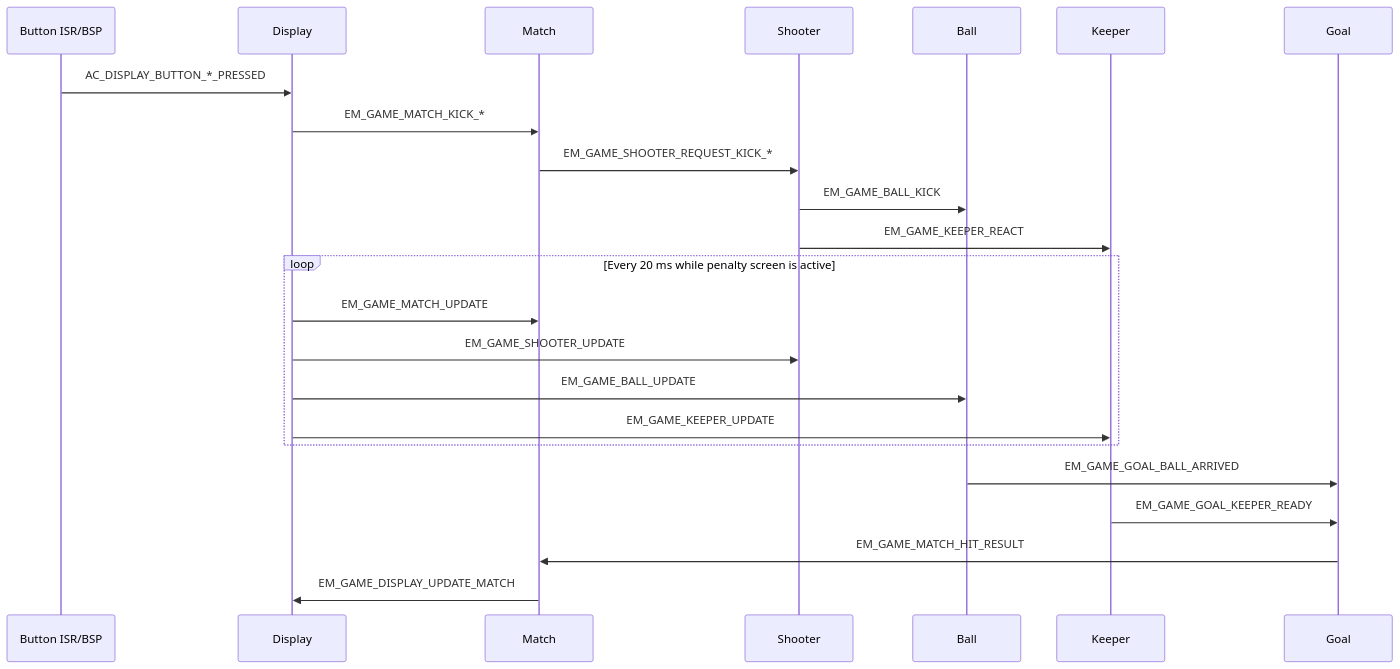
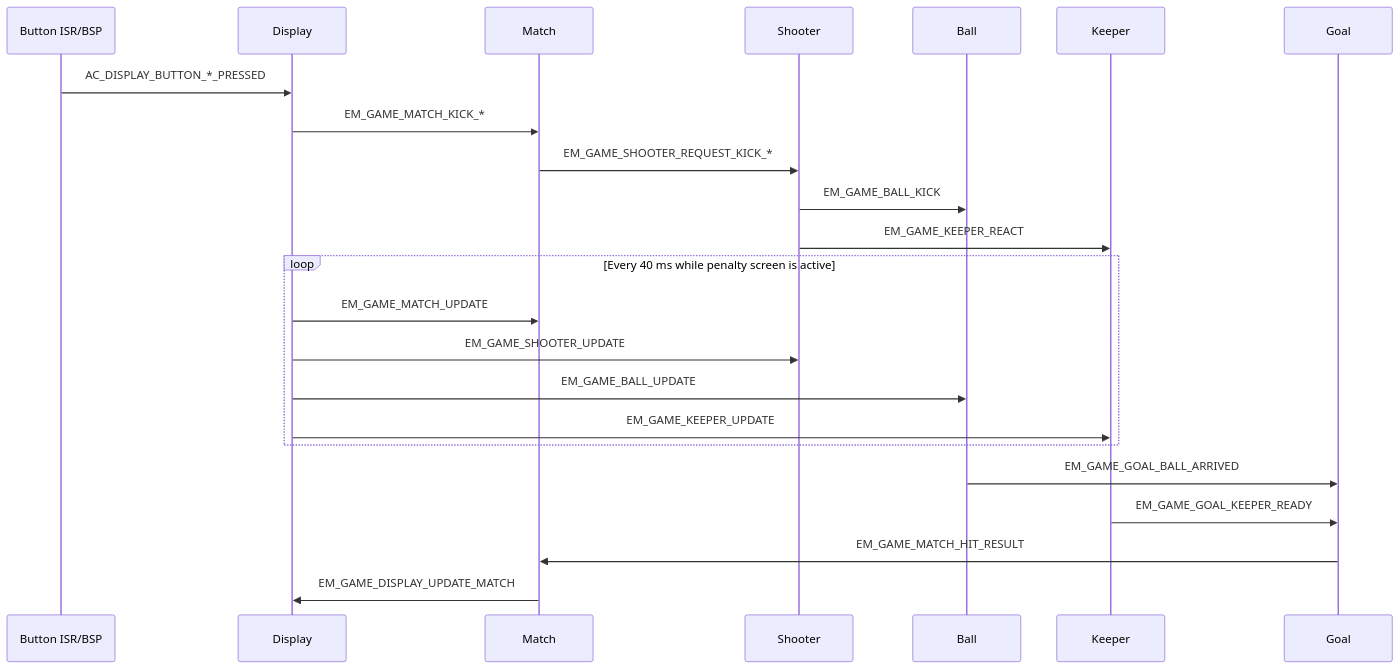
Before and after one commit to caotrongphuoc/11m-game: the second of 2 diagrams in docs/04-design-sequence-runtime.md, drawn with Mermaid. The commit also changed other lines of this file and 3 other files, not shown here.

````diff
--- a/docs/04-design-sequence-runtime.md
+++ b/docs/04-design-sequence-runtime.md
@@ -30,28 +30,28 @@
 ```mermaid
 sequenceDiagram
     participant Button as Button ISR/BSP
     participant Display
     participant Match
     participant Shooter
     participant Ball
     participant Keeper
     participant Goal
 
     Button->>Display: AC_DISPLAY_BUTTON_*_PRESSED
     Display->>Match: EM_GAME_MATCH_KICK_*
     Match->>Shooter: EM_GAME_SHOOTER_REQUEST_KICK_*
     Shooter->>Ball: EM_GAME_BALL_KICK
     Shooter->>Keeper: EM_GAME_KEEPER_REACT
 
-    loop Every 20 ms while penalty screen is active
+    loop Every 40 ms while penalty screen is active
         Display->>Match: EM_GAME_MATCH_UPDATE
         Display->>Shooter: EM_GAME_SHOOTER_UPDATE
         Display->>Ball: EM_GAME_BALL_UPDATE
         Display->>Keeper: EM_GAME_KEEPER_UPDATE
     end
 
     Ball->>Goal: EM_GAME_GOAL_BALL_ARRIVED
     Keeper->>Goal: EM_GAME_GOAL_KEEPER_READY
     Goal->>Match: EM_GAME_MATCH_HIT_RESULT
     Match->>Display: EM_GAME_DISPLAY_UPDATE_MATCH
 ```
````
